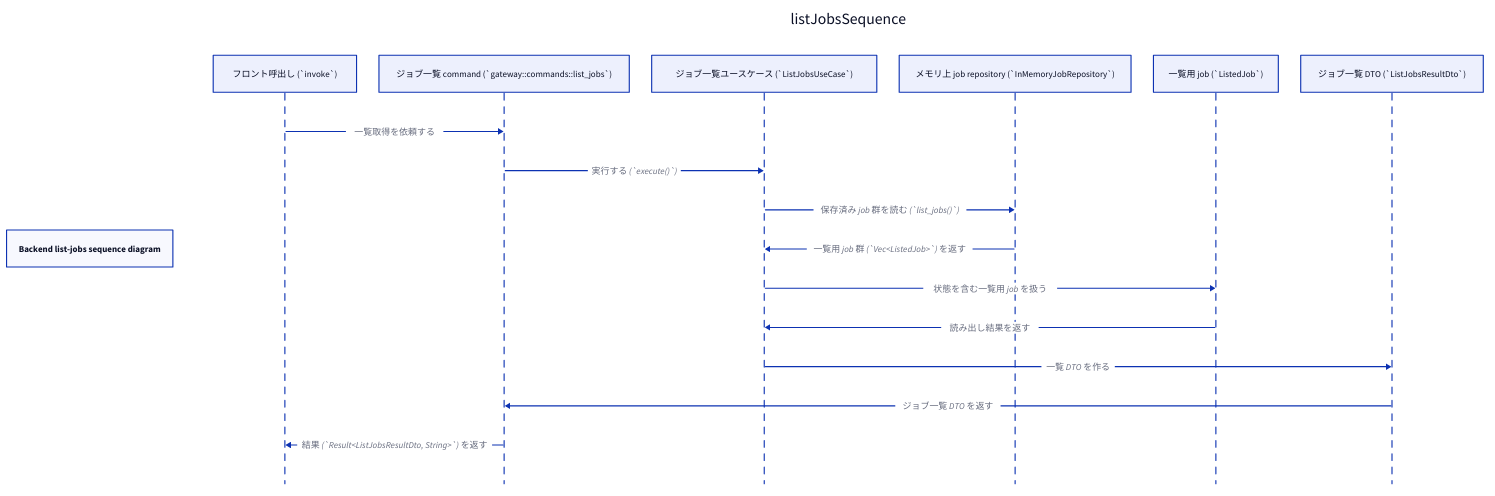
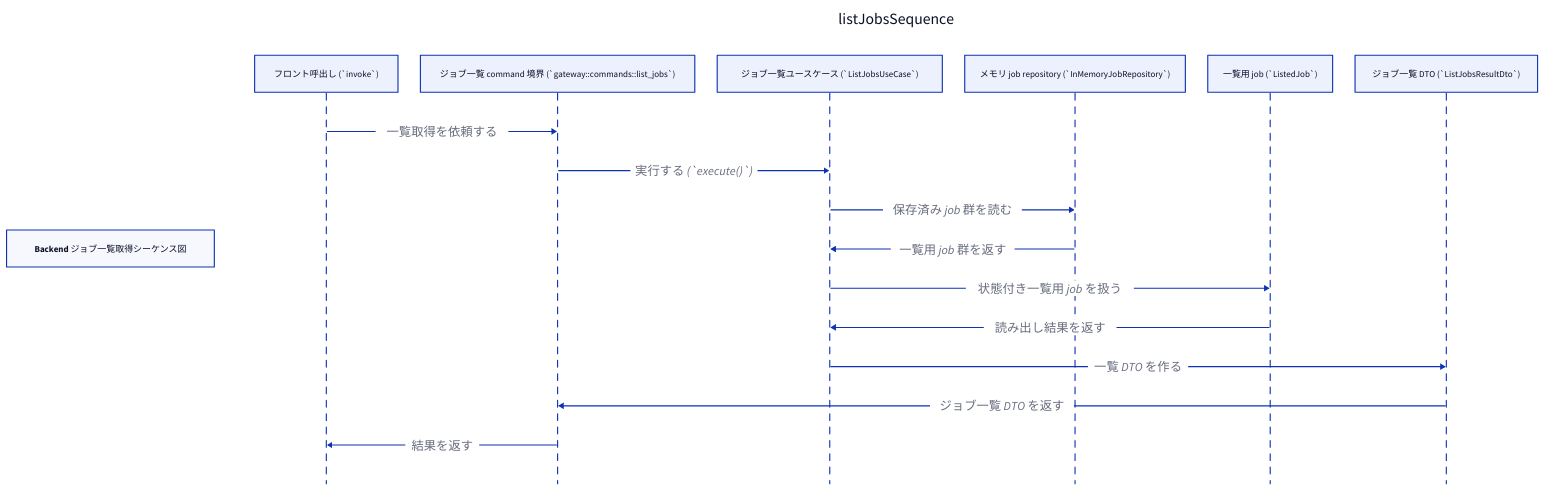
The diagram in 4humans/diagrams/processes/backend-list-jobs-sequence-diagram.d2 (ishibata91/AITranslationEngineJP), drawn with D2 before and after one commit. The commit also changed 54 other files, not shown here.

```diff
--- a/4humans/diagrams/processes/backend-list-jobs-sequence-diagram.d2
+++ b/4humans/diagrams/processes/backend-list-jobs-sequence-diagram.d2
@@ -1,22 +1,40 @@
-title: "Backend list-jobs sequence diagram"
+title: "Backend ジョブ一覧取得シーケンス図"
 
 listJobsSequence: {
   shape: sequence_diagram
 
   frontend: "フロント呼出し (`invoke`)"
-  commands: "ジョブ一覧 command (`gateway::commands::list_jobs`)"
+  commands: "ジョブ一覧 command 境界 (`gateway::commands::list_jobs`)"
   usecase: "ジョブ一覧ユースケース (`ListJobsUseCase`)"
-  repository: "メモリ上 job repository (`InMemoryJobRepository`)"
+  repository: "メモリ job repository (`InMemoryJobRepository`)"
   domain: "一覧用 job (`ListedJob`)"
   dto: "ジョブ一覧 DTO (`ListJobsResultDto`)"
 
-  frontend -> commands: 一覧取得を依頼する
-  commands -> usecase: 実行する (`execute()`)
-  usecase -> repository: 保存済み job 群を読む (`list_jobs()`)
-  repository -> usecase: 一覧用 job 群 (`Vec<ListedJob>`) を返す
-  usecase -> domain: 状態を含む一覧用 job を扱う
-  domain -> usecase: 読み出し結果を返す
-  usecase -> dto: 一覧 DTO を作る
-  dto -> commands: ジョブ一覧 DTO を返す
-  commands -> frontend: 結果 (`Result<ListJobsResultDto, String>`) を返す
+  frontend -> commands: 一覧取得を依頼する {
+    style.font-size: 22
+  }
+  commands -> usecase: 実行する (`execute()`) {
+    style.font-size: 22
+  }
+  usecase -> repository: 保存済み job 群を読む {
+    style.font-size: 22
+  }
+  repository -> usecase: 一覧用 job 群を返す {
+    style.font-size: 22
+  }
+  usecase -> domain: 状態付き一覧用 job を扱う {
+    style.font-size: 22
+  }
+  domain -> usecase: 読み出し結果を返す {
+    style.font-size: 22
+  }
+  usecase -> dto: 一覧 DTO を作る {
+    style.font-size: 22
+  }
+  dto -> commands: ジョブ一覧 DTO を返す {
+    style.font-size: 22
+  }
+  commands -> frontend: 結果を返す {
+    style.font-size: 22
+  }
 }
```
